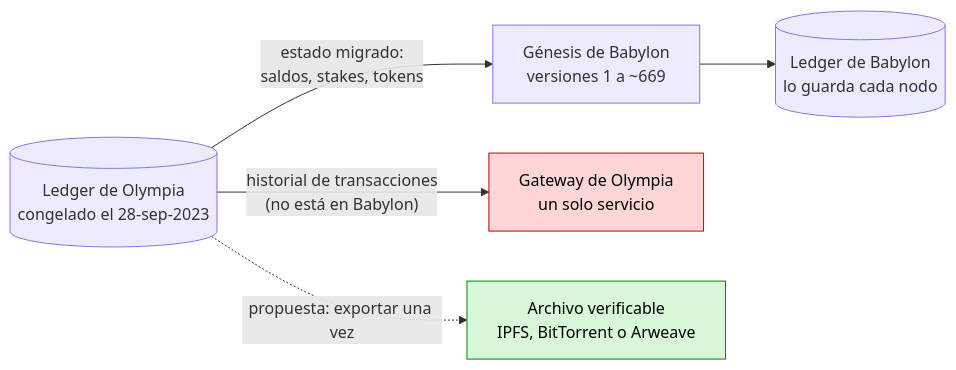
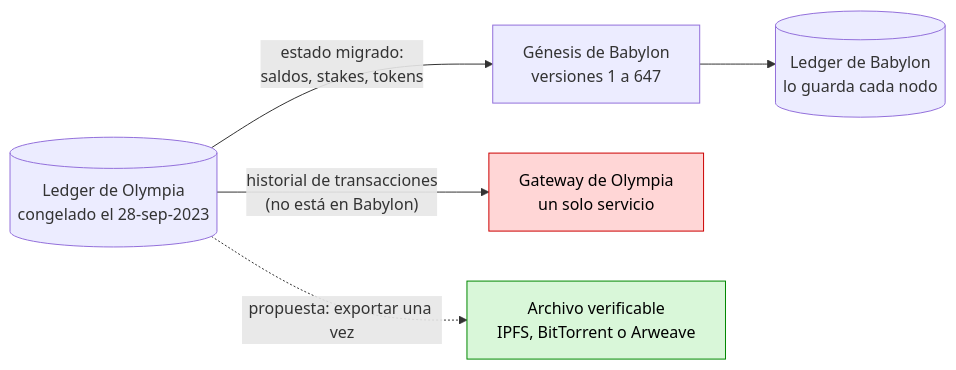
The second of 2 diagrams in docs/es/01-02-situacion-actual.md (dazligth/radix-decentralization-roadmap), drawn with Mermaid before and after one commit. The commit also changed other lines of this file and 9 other files, not shown here.

First line of the commit message:
Redesign diagrams for readability on GitHub

````diff
--- a/docs/es/01-02-situacion-actual.md
+++ b/docs/es/01-02-situacion-actual.md
@@ -230,11 +207,11 @@
 ```mermaid
 flowchart LR
-    O[("Ledger de Olympia<br/>congelado el 28-sep-2023")] -- "estado migrado:<br/>saldos, stakes, tokens" --> G["Génesis de Babylon<br/>versiones 1 a ~669"]
+    O[("Ledger de Olympia<br/>congelado el 28-sep-2023")] -- "estado migrado:<br/>saldos, stakes, tokens" --> G["Génesis de Babylon<br/>versiones 1 a 647"]
     G --> B[("Ledger de Babylon<br/>lo guarda cada nodo")]
     O -- "historial de transacciones<br/>(no está en Babylon)" --> OG["Gateway de Olympia<br/>un solo servicio"]
     O -. "propuesta: exportar una vez" .-> AR["Archivo verificable<br/>IPFS, BitTorrent o Arweave"]
     classDef risk fill:#ffd6d6,stroke:#c00,color:#000
     classDef good fill:#d9f7d9,stroke:#080,color:#000
     class OG risk
     class AR good
 ```
````
